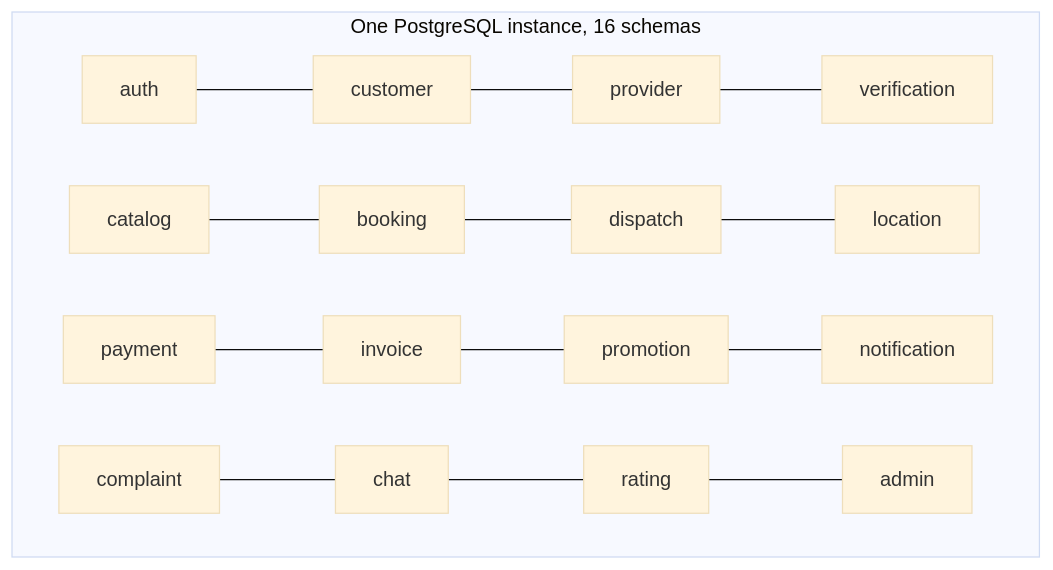
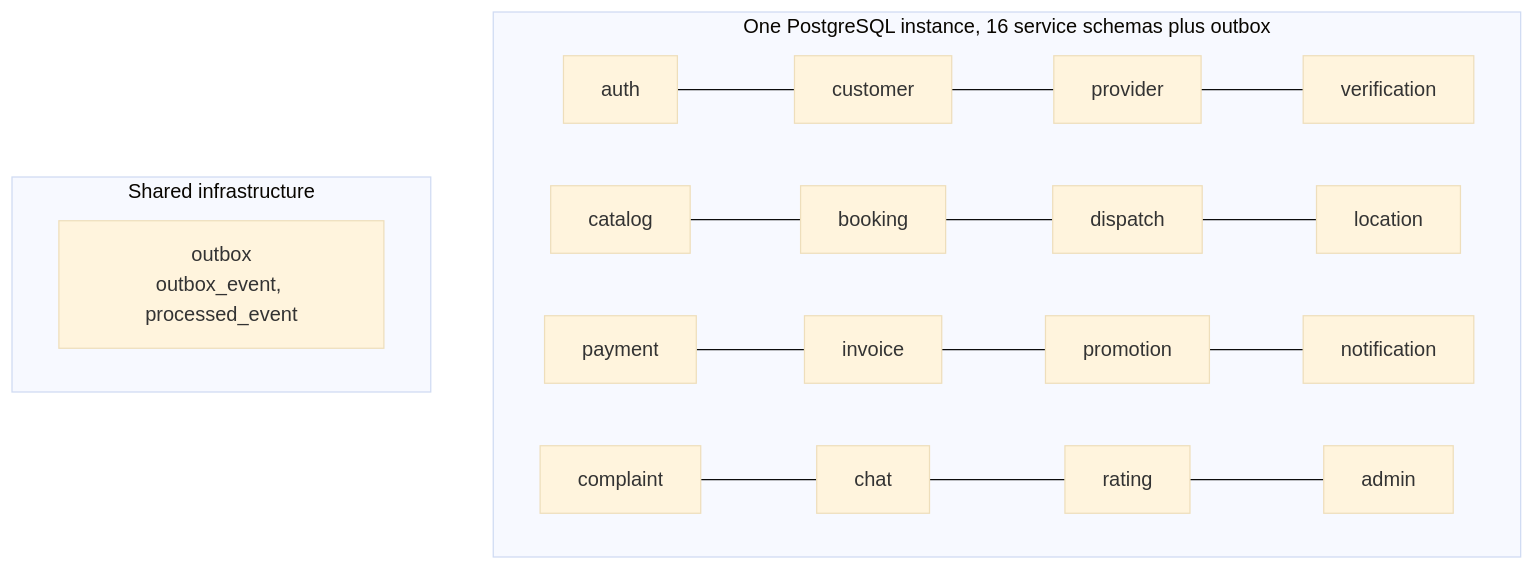
One commit to KripaGIT009/home-fix changed diagram 14 of 27 in docs/ARCHITECTURE.md. Above: the diagram before and after it, drawn with Mermaid (base theme). The commit also changed other lines of this file and 300 other files, not shown here.

````diff
--- a/docs/ARCHITECTURE.md
+++ b/docs/ARCHITECTURE.md
@@ -596,9 +597,12 @@
 ```mermaid
 graph TB
-    subgraph "One PostgreSQL instance, 16 schemas"
+    subgraph "One PostgreSQL instance, 16 service schemas plus outbox"
         S1["auth"] --- S2["customer"] --- S3["provider"] --- S4["verification"]
         S5["catalog"] --- S6["booking"] --- S7["dispatch"] --- S8["location"]
         S9["payment"] --- S10["invoice"] --- S11["promotion"] --- S12["notification"]
         S13["complaint"] --- S14["chat"] --- S15["rating"] --- S16["admin"]
     end
+    subgraph "Shared infrastructure"
+        OB["outbox<br/>outbox_event, processed_event"]
+    end
 ```
````
